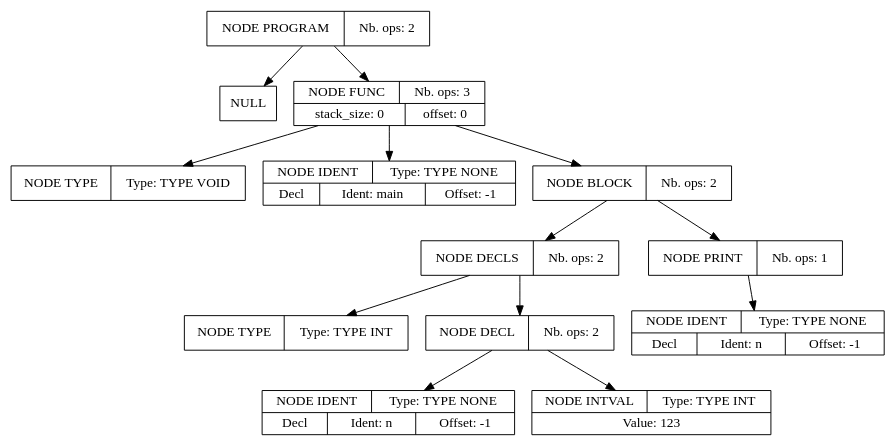
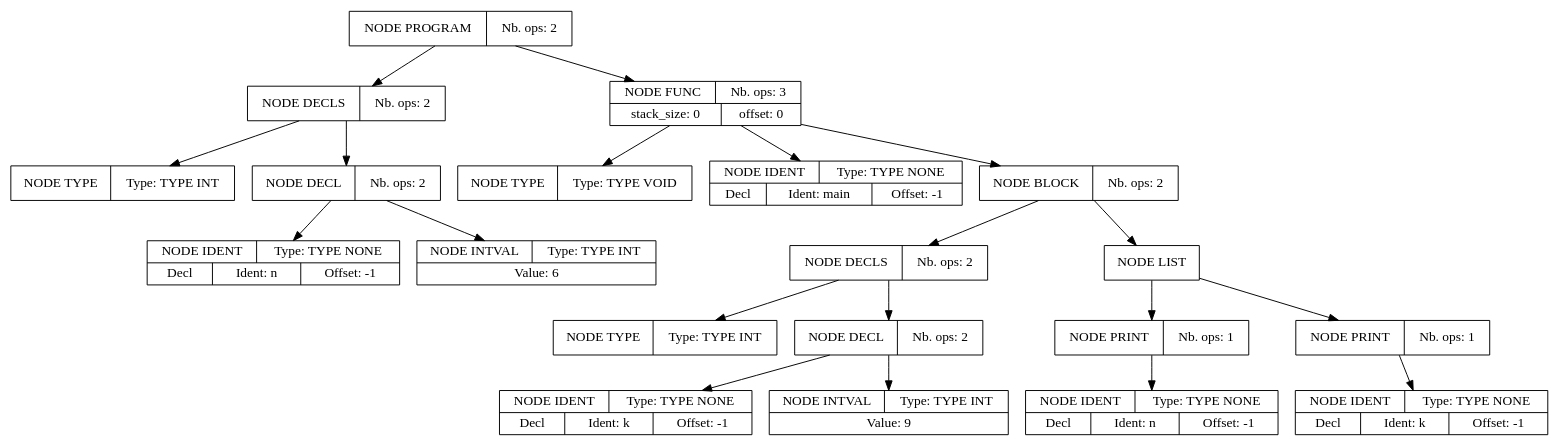
The diagram in projet_compilation_src/tools/apres_syntaxe.dot (Serial-DeV/Compilation), drawn with Graphviz before and after one commit. The commit also changed 14 other files, not shown here.

```diff
--- a/projet_compilation_src/tools/apres_syntaxe.dot
+++ b/projet_compilation_src/tools/apres_syntaxe.dot
@@ -1,39 +1,60 @@
 digraph global_vars {
     N1 [shape=record, label="{{NODE PROGRAM|Nb. ops: 2}}"];
-    N2 [shape=record, label="{{NULL}}"];
+    N2 [shape=record, label="{{NODE DECLS|Nb. ops: 2}}"];
+    N3 [shape=record, label="{{NODE TYPE|Type: TYPE INT}}"];
+    edge[tailclip=true];
+    N2 -> N3
+    N4 [shape=record, label="{{NODE DECL|Nb. ops: 2}}"];
+    N5 [shape=record, label="{{NODE IDENT|Type: TYPE NONE}|{<decl>Decl      |Ident: n|Offset: -1}}"];
+    edge[tailclip=true];
+    N4 -> N5
+    N6 [shape=record, label="{{NODE INTVAL|Type: TYPE INT}|{Value: 6}}"];
+    edge[tailclip=true];
+    N4 -> N6
+    edge[tailclip=true];
+    N2 -> N4
     edge[tailclip=true];
     N1 -> N2
-    N3 [shape=record, label="{{NODE FUNC|Nb. ops: 3}|{stack_size: 0|offset: 0}}"];
-    N4 [shape=record, label="{{NODE TYPE|Type: TYPE VOID}}"];
-    edge[tailclip=true];
-    N3 -> N4
-    N5 [shape=record, label="{{NODE IDENT|Type: TYPE NONE}|{<decl>Decl      |Ident: main|Offset: -1}}"];
-    edge[tailclip=true];
-    N3 -> N5
-    N6 [shape=record, label="{{NODE BLOCK|Nb. ops: 2}}"];
-    N7 [shape=record, label="{{NODE DECLS|Nb. ops: 2}}"];
-    N8 [shape=record, label="{{NODE TYPE|Type: TYPE INT}}"];
+    N7 [shape=record, label="{{NODE FUNC|Nb. ops: 3}|{stack_size: 0|offset: 0}}"];
+    N8 [shape=record, label="{{NODE TYPE|Type: TYPE VOID}}"];
     edge[tailclip=true];
     N7 -> N8
-    N9 [shape=record, label="{{NODE DECL|Nb. ops: 2}}"];
-    N10 [shape=record, label="{{NODE IDENT|Type: TYPE NONE}|{<decl>Decl      |Ident: n|Offset: -1}}"];
-    edge[tailclip=true];
-    N9 -> N10
-    N11 [shape=record, label="{{NODE INTVAL|Type: TYPE INT}|{Value: 123}}"];
-    edge[tailclip=true];
-    N9 -> N11
+    N9 [shape=record, label="{{NODE IDENT|Type: TYPE NONE}|{<decl>Decl      |Ident: main|Offset: -1}}"];
     edge[tailclip=true];
     N7 -> N9
+    N10 [shape=record, label="{{NODE BLOCK|Nb. ops: 2}}"];
+    N11 [shape=record, label="{{NODE DECLS|Nb. ops: 2}}"];
+    N12 [shape=record, label="{{NODE TYPE|Type: TYPE INT}}"];
     edge[tailclip=true];
-    N6 -> N7
-    N12 [shape=record, label="{{NODE PRINT|Nb. ops: 1}}"];
-    N13 [shape=record, label="{{NODE IDENT|Type: TYPE NONE}|{<decl>Decl      |Ident: n|Offset: -1}}"];
+    N11 -> N12
+    N13 [shape=record, label="{{NODE DECL|Nb. ops: 2}}"];
+    N14 [shape=record, label="{{NODE IDENT|Type: TYPE NONE}|{<decl>Decl      |Ident: k|Offset: -1}}"];
     edge[tailclip=true];
-    N12 -> N13
+    N13 -> N14
+    N15 [shape=record, label="{{NODE INTVAL|Type: TYPE INT}|{Value: 9}}"];
     edge[tailclip=true];
-    N6 -> N12
+    N13 -> N15
     edge[tailclip=true];
-    N3 -> N6
+    N11 -> N13
     edge[tailclip=true];
-    N1 -> N3
+    N10 -> N11
+    N16 [shape=record, label="{{NODE LIST}}"];
+    N17 [shape=record, label="{{NODE PRINT|Nb. ops: 1}}"];
+    N18 [shape=record, label="{{NODE IDENT|Type: TYPE NONE}|{<decl>Decl      |Ident: n|Offset: -1}}"];
+    edge[tailclip=true];
+    N17 -> N18
+    edge[tailclip=true];
+    N16 -> N17
+    N19 [shape=record, label="{{NODE PRINT|Nb. ops: 1}}"];
+    N20 [shape=record, label="{{NODE IDENT|Type: TYPE NONE}|{<decl>Decl      |Ident: k|Offset: -1}}"];
+    edge[tailclip=true];
+    N19 -> N20
+    edge[tailclip=true];
+    N16 -> N19
+    edge[tailclip=true];
+    N10 -> N16
+    edge[tailclip=true];
+    N7 -> N10
+    edge[tailclip=true];
+    N1 -> N7
 }
```
